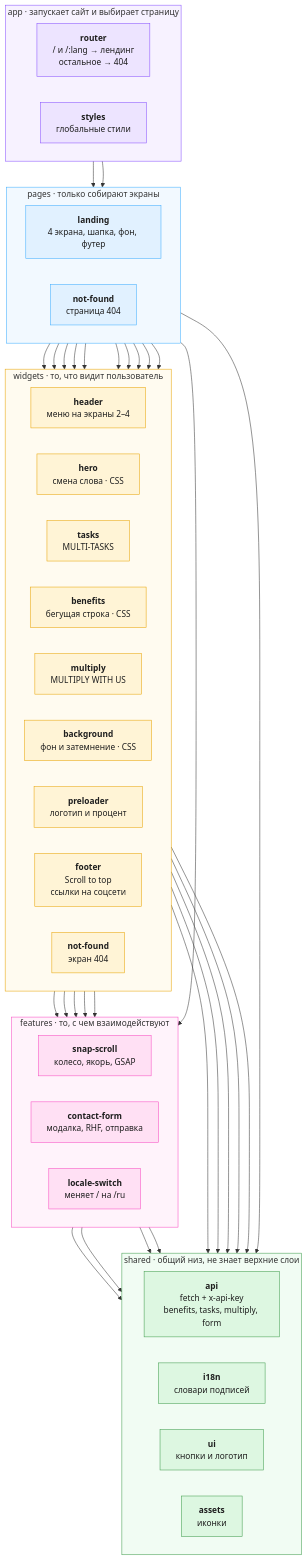
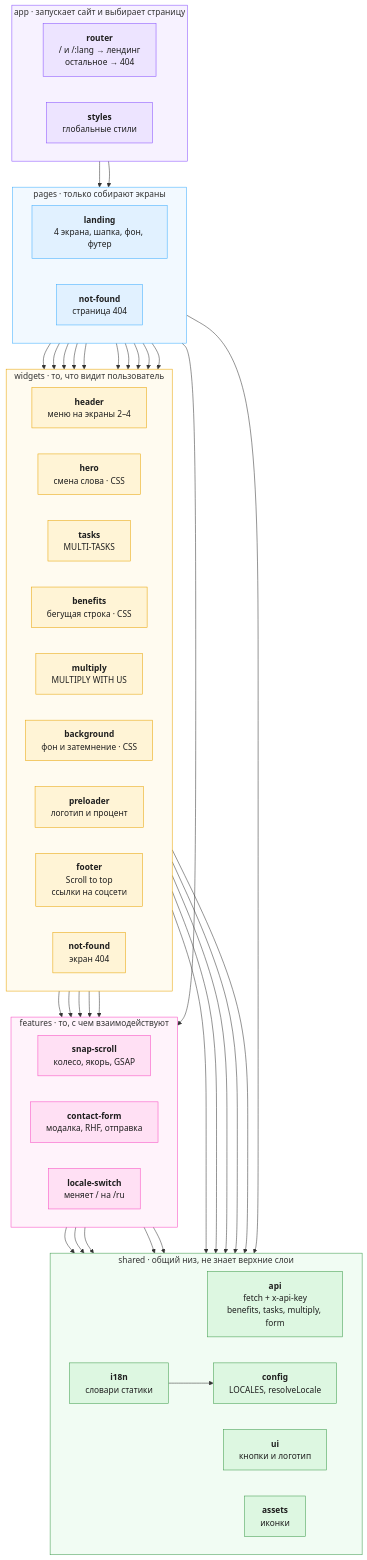
Before and after one commit to DimaManko/multicpa-landing: the diagram in docs/architecture.md, drawn with Mermaid. The commit also changed other lines of this file and 24 other files, not shown here.

Commit message:
add locale routing, switcher and rename shared/ui folders

````diff
--- a/docs/architecture.md
+++ b/docs/architecture.md
@@ -40,78 +41,81 @@
 ```mermaid
 flowchart TD
   subgraph appLayer ["app · запускает сайт и выбирает страницу"]
     direction LR
     router["<b>router</b><br/>/ и /:lang → лендинг<br/>остальное → 404"]
     styles["<b>styles</b><br/>глобальные стили"]
   end
 
   subgraph pagesLayer ["pages · только собирают экраны"]
     direction LR
     landing["<b>landing</b><br/>4 экрана, шапка, фон, футер"]
     notFound["<b>not-found</b><br/>страница 404"]
   end
 
   subgraph widgetsLayer ["widgets · то, что видит пользователь"]
     direction LR
     header["<b>header</b><br/>меню на экраны 2–4"]
     hero["<b>hero</b><br/>смена слова · CSS"]
     tasks["<b>tasks</b><br/>MULTI-TASKS"]
     benefits["<b>benefits</b><br/>бегущая строка · CSS"]
     multiply["<b>multiply</b><br/>MULTIPLY WITH US"]
     background["<b>background</b><br/>фон и затемнение · CSS"]
     preloader["<b>preloader</b><br/>логотип и процент"]
     footer["<b>footer</b><br/>Scroll to top<br/>ссылки на соцсети"]
     notFoundScreen["<b>not-found</b><br/>экран 404"]
   end
 
   subgraph featuresLayer ["features · то, с чем взаимодействуют"]
     direction LR
     snap["<b>snap-scroll</b><br/>колесо, якорь, GSAP"]
     form["<b>contact-form</b><br/>модалка, RHF, отправка"]
     locale["<b>locale-switch</b><br/>меняет / на /ru"]
   end
 
   subgraph sharedLayer ["shared · общий низ, не знает верхние слои"]
     direction LR
     api["<b>api</b><br/>fetch + x-api-key<br/>benefits, tasks, multiply, form"]
-    i18n["<b>i18n</b><br/>словари подписей"]
+    config["<b>config</b><br/>LOCALES, resolveLocale"]
+    i18n["<b>i18n</b><br/>словари статики"]
     ui["<b>ui</b><br/>кнопки и логотип"]
     assets["<b>assets</b><br/>иконки"]
   end
 
   router --> landing
   router --> notFound
   landing --> header & hero & tasks & benefits & multiply & background & preloader & footer
   notFound --> background & notFoundScreen & ui
   landing --> snap
   header --> snap
   header --> locale
   hero --> form
   multiply --> form
   footer --> snap
   footer --> assets
   tasks & benefits & multiply --> api
   form --> api
   form --> i18n
   locale --> i18n
+  locale --> config
+  i18n --> config
   form --> ui
   header --> assets
 
   classDef appNode fill:#EDE4FF,stroke:#874FFF,color:#1E1E1E
   classDef pageNode fill:#E1F1FF,stroke:#3DADFF,color:#1E1E1E
   classDef widgetNode fill:#FFF4D6,stroke:#E8A302,color:#1E1E1E
   classDef featureNode fill:#FFE0F4,stroke:#F849C1,color:#1E1E1E
   classDef sharedNode fill:#DDF7E1,stroke:#3E9B4B,color:#1E1E1E
 
   class router,styles appNode
   class landing,notFound pageNode
   class header,hero,tasks,benefits,multiply,background,preloader,footer,notFoundScreen widgetNode
   class snap,form,locale featureNode
-  class api,i18n,ui,assets sharedNode
+  class api,config,i18n,ui,assets sharedNode
 
   style appLayer fill:#F7F2FF,stroke:#874FFF
   style pagesLayer fill:#F2F9FF,stroke:#3DADFF
   style widgetsLayer fill:#FFFBF0,stroke:#E8A302
   style featuresLayer fill:#FFF3FB,stroke:#F849C1
   style sharedLayer fill:#F1FCF3,stroke:#3E9B4B
 ```
````
